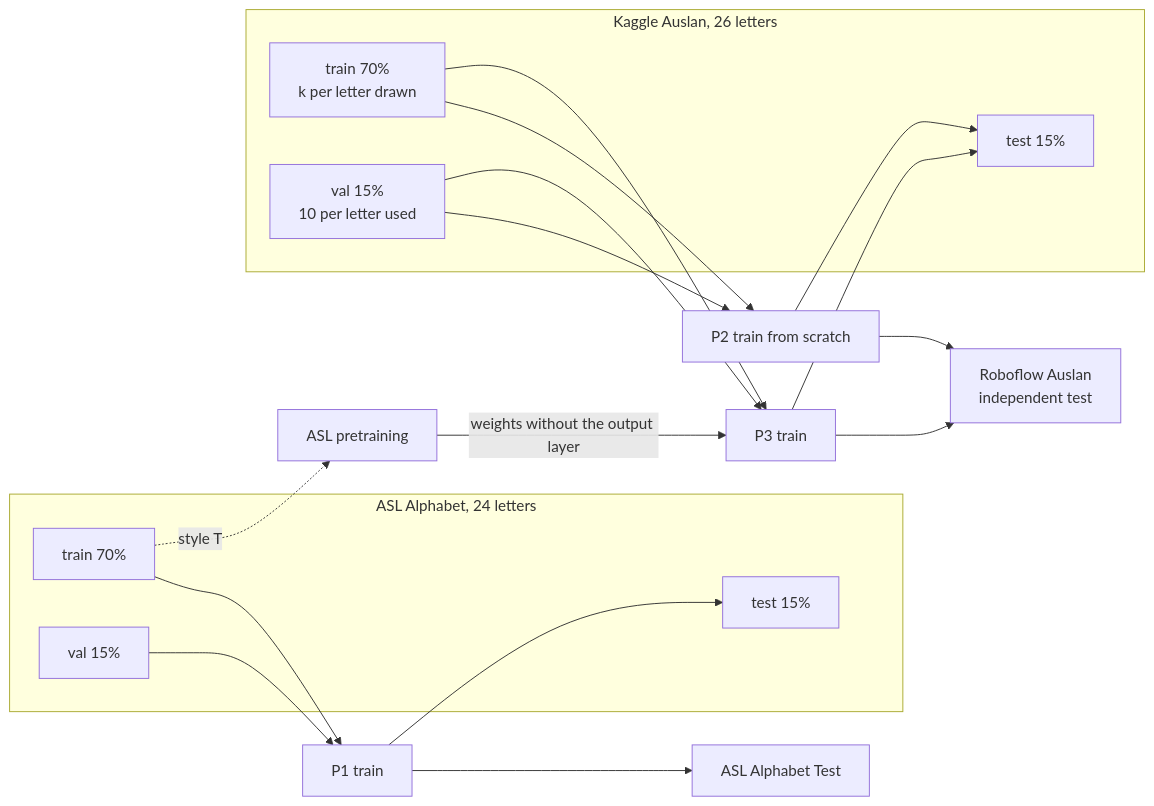
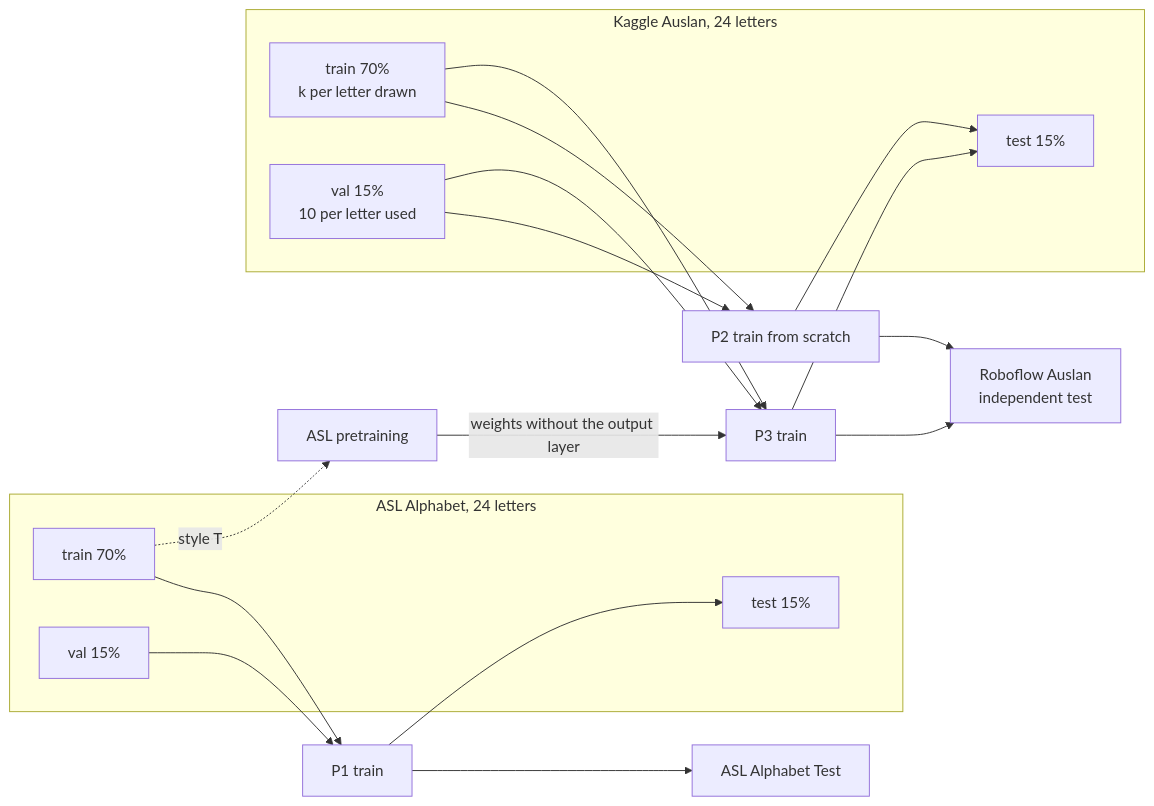
The fourth of 5 diagrams in docs/ARCHITECTURE.md (Rickychen930/auslan-image-processing), drawn with Mermaid before and after one commit. The commit also changed 6 other files, not shown here.

First line of the commit message:
Auslan uses the same 24 letters as ASL (no J, Z); fix setup docs

````diff
--- a/docs/ARCHITECTURE.md
+++ b/docs/ARCHITECTURE.md
@@ -136,32 +136,32 @@
 ```mermaid
 flowchart LR
     subgraph ASL [ASL Alphabet, 24 letters]
         A1[train 70%]
         A2[val 15%]
         A3[test 15%]
     end
     A4[ASL Alphabet Test]
-    subgraph AUS [Kaggle Auslan, 26 letters]
+    subgraph AUS [Kaggle Auslan, 24 letters]
         K1[train 70%<br/>k per letter drawn]
         K2[val 15%<br/>10 per letter used]
         K3[test 15%]
     end
     R[Roboflow Auslan<br/>independent test]
 
     A1 --> P1[P1 train]
     A2 --> P1
     P1 --> A3
     P1 --> A4
 
     K1 --> P2[P2 train from scratch]
     K2 --> P2
     P2 --> K3
     P2 --> R
 
     A1 -. style T .-> PRE[ASL pretraining]
     PRE -- weights without the output layer --> P3[P3 train]
     K1 --> P3
     K2 --> P3
     P3 --> K3
     P3 --> R
 ```
````
